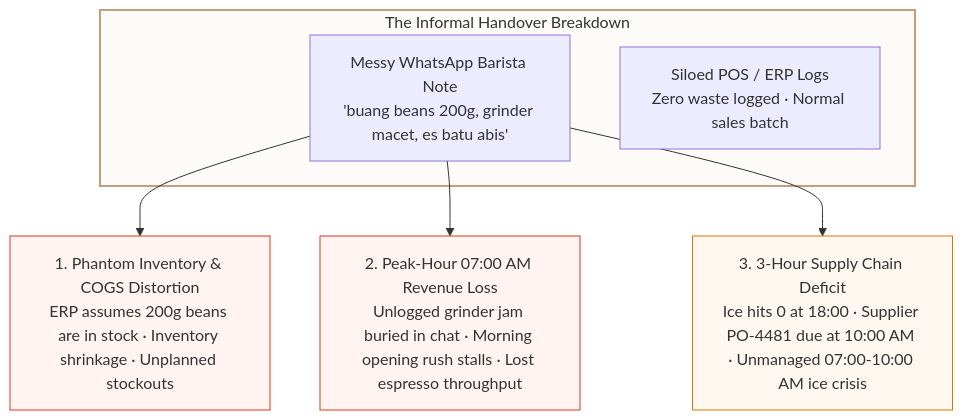
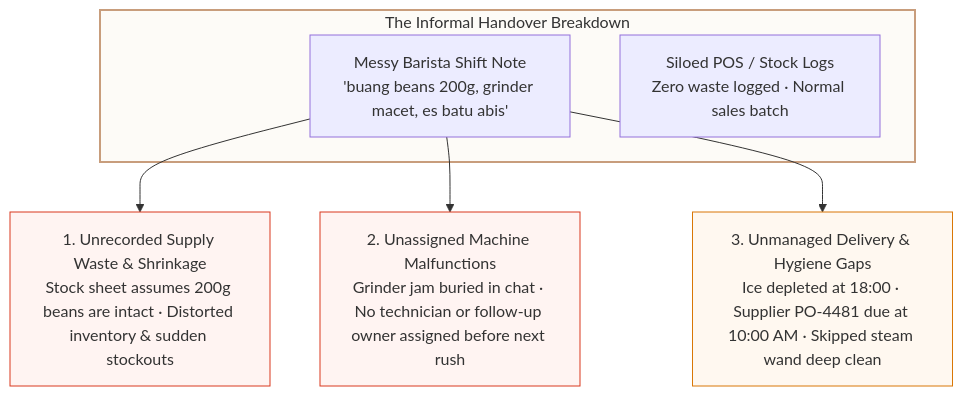
The first of 2 diagrams in README.md (SebastianAbeSantoso/Bayang), drawn with Mermaid before and after one commit. The commit also changed other lines of this file and 1 other file, not shown here.

Commit message:
docs(hackathon): update README and HACKATHON_SUBMISSION with final ShiftGuard features, telemetry, and demo script

````diff
--- a/README.md
+++ b/README.md
@@ -24,16 +24,16 @@
 ```mermaid
 flowchart TD
     subgraph HandoverFailure["The Informal Handover Breakdown"]
-        A["Messy WhatsApp Barista Note<br/>'buang beans 200g, grinder macet, es batu abis'"]
-        B["Siloed POS / ERP Logs<br/>Zero waste logged · Normal sales batch"]
+        A["Messy Barista Shift Note<br/>'buang beans 200g, grinder macet, es batu abis'"]
+        B["Siloed POS / Stock Logs<br/>Zero waste logged · Normal sales batch"]
     end
 
-    A --> C["1. Phantom Inventory & COGS Distortion<br/>ERP assumes 200g beans are in stock · Inventory shrinkage · Unplanned stockouts"]
-    A --> D["2. Peak-Hour 07:00 AM Revenue Loss<br/>Unlogged grinder jam buried in chat · Morning opening rush stalls · Lost espresso throughput"]
-    A --> E["3. 3-Hour Supply Chain Deficit<br/>Ice hits 0 at 18:00 · Supplier PO-4481 due at 10:00 AM · Unmanaged 07:00-10:00 AM ice crisis"]
+    A --> C["1. Unrecorded Supply Waste & Shrinkage<br/>Stock sheet assumes 200g beans are intact · Distorted inventory & sudden stockouts"]
+    A --> D["2. Unassigned Machine Malfunctions<br/>Grinder jam buried in chat · No technician or follow-up owner assigned before next rush"]
+    A --> E["3. Unmanaged Delivery & Hygiene Gaps<br/>Ice depleted at 18:00 · Supplier PO-4481 due at 10:00 AM · Skipped steam wand deep clean"]
 
     style HandoverFailure fill:#fdfbf7,stroke:#c89d7c,stroke-width:2px
     style C fill:#fff4f2,stroke:#d9381e,stroke-width:1px
     style D fill:#fff4f2,stroke:#d9381e,stroke-width:1px
     style E fill:#fff8f0,stroke:#d97706,stroke-width:1px
 ```
````
